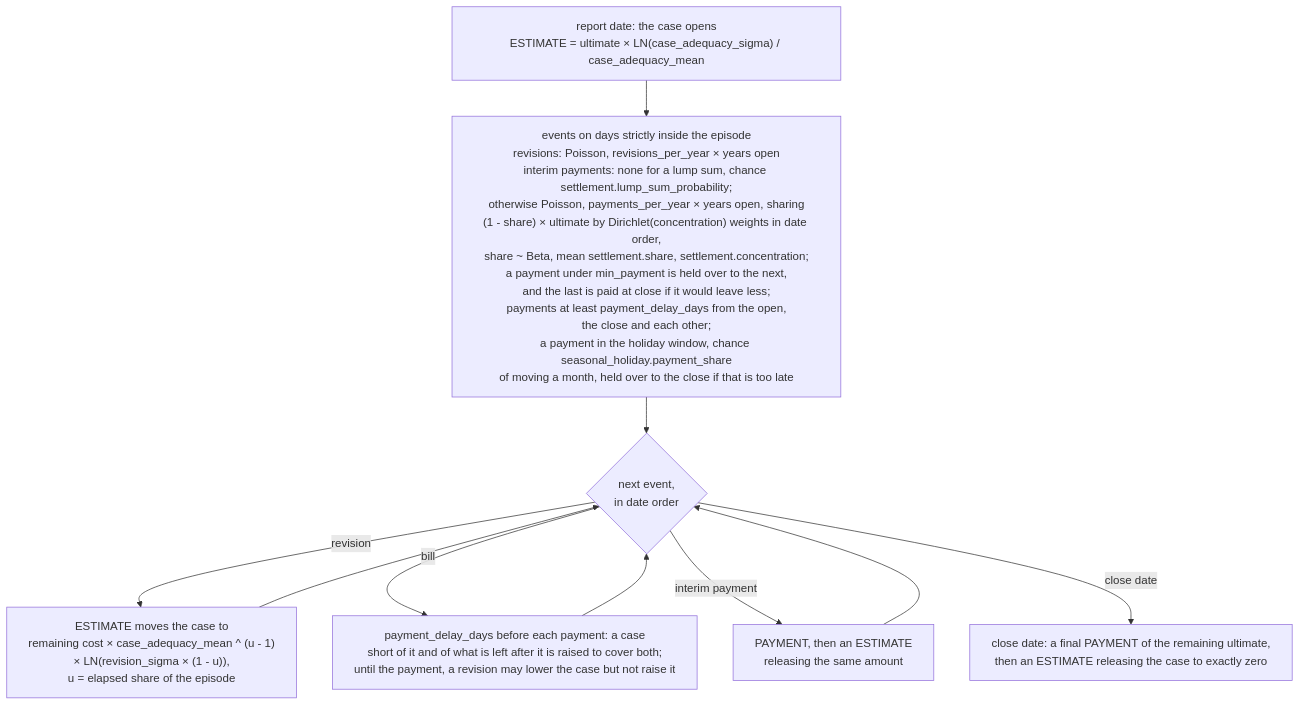
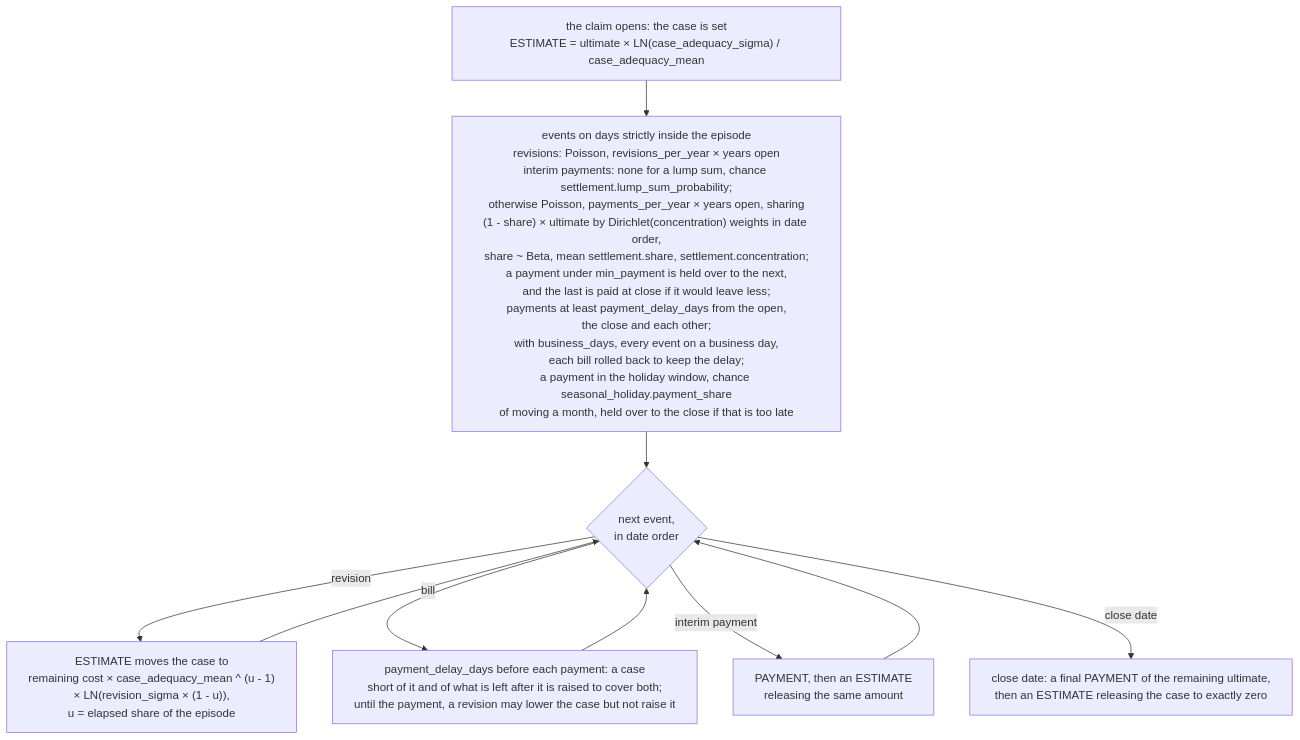
The sixth of 10 diagrams in README.md (le-marais/claims-data-generator), drawn with Mermaid before and after one commit. The commit also changed other lines of this file and 23 other files, not shown here.

First line of the commit message:
Process claims on business days, with US, UK and South African calendars (#38)

````diff
--- a/README.md
+++ b/README.md
@@ -226,16 +226,16 @@
 ```mermaid
 %%{init: {"flowchart": {"wrappingWidth": 480}}}%%
 flowchart TD
-    opening["report date: the case opens<br/>ESTIMATE = ultimate × LN(case_adequacy_sigma) / case_adequacy_mean"]
-    events["events on days strictly inside the episode<br/>revisions: Poisson, revisions_per_year × years open<br/>interim payments: none for a lump sum, chance settlement.lump_sum_probability;<br/>otherwise Poisson, payments_per_year × years open, sharing<br/>(1 - share) × ultimate by Dirichlet(concentration) weights in date order,<br/>share ~ Beta, mean settlement.share, settlement.concentration;<br/>a payment under min_payment is held over to the next,<br/>and the last is paid at close if it would leave less;<br/>payments at least payment_delay_days from the open,<br/>the close and each other;<br/>a payment in the holiday window, chance seasonal_holiday.payment_share<br/>of moving a month, held over to the close if that is too late"]
+    opening["the claim opens: the case is set<br/>ESTIMATE = ultimate × LN(case_adequacy_sigma) / case_adequacy_mean"]
+    events["events on days strictly inside the episode<br/>revisions: Poisson, revisions_per_year × years open<br/>interim payments: none for a lump sum, chance settlement.lump_sum_probability;<br/>otherwise Poisson, payments_per_year × years open, sharing<br/>(1 - share) × ultimate by Dirichlet(concentration) weights in date order,<br/>share ~ Beta, mean settlement.share, settlement.concentration;<br/>a payment under min_payment is held over to the next,<br/>and the last is paid at close if it would leave less;<br/>payments at least payment_delay_days from the open,<br/>the close and each other;<br/>with business_days, every event on a business day,<br/>each bill rolled back to keep the delay;<br/>a payment in the holiday window, chance seasonal_holiday.payment_share<br/>of moving a month, held over to the close if that is too late"]
     nextEvent{"next event,<br/>in date order"}
     revise["ESTIMATE moves the case to<br/>remaining cost × case_adequacy_mean ^ (u - 1)<br/>× LN(revision_sigma × (1 - u)),<br/>u = elapsed share of the episode"]
     pay["PAYMENT, then an ESTIMATE<br/>releasing the same amount"]
     bill["payment_delay_days before each payment: a case<br/>short of it and of what is left after it is raised to cover both;<br/>until the payment, a revision may lower the case but not raise it"]
     settle["close date: a final PAYMENT of the remaining ultimate,<br/>then an ESTIMATE releasing the case to exactly zero"]
     opening --> events --> nextEvent
     nextEvent -- "revision" --> revise --> nextEvent
     nextEvent -- "bill" --> bill --> nextEvent
     nextEvent -- "interim payment" --> pay --> nextEvent
     nextEvent -- "close date" --> settle
 ```
````
